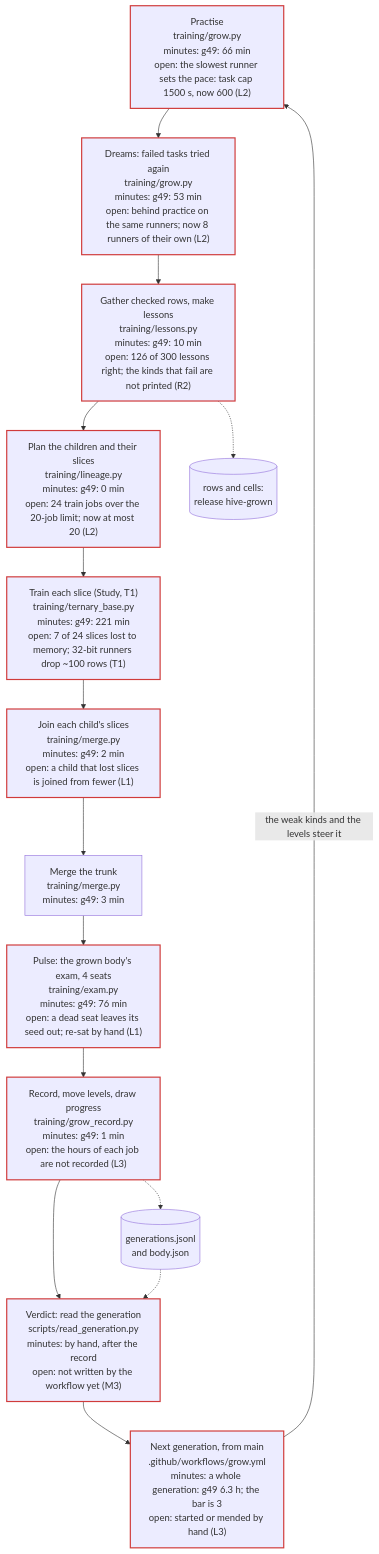
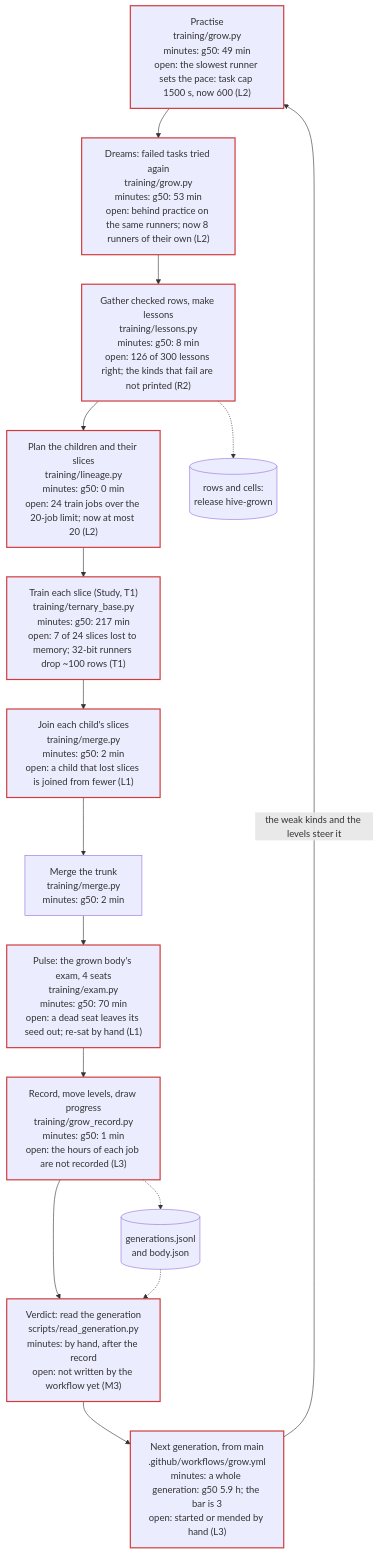
One commit to Arnav123-s/HiveMIND changed the first of 4 diagrams in docs/KNOWLEDGE.md. Above: the diagram before and after it, drawn with Mermaid. The commit also changed 16 other files, not shown here.

Commit message:
The hive's body: generation g50

````diff
--- a/docs/KNOWLEDGE.md
+++ b/docs/KNOWLEDGE.md
@@ -11,31 +11,31 @@
 ```mermaid
 flowchart TD
-  practise["Practise<br/>training/grow.py<br/>minutes: g49: 66 min<br/>open: the slowest runner sets the pace: task cap 1500 s, now 600 (L2)"]:::open
-  dreams["Dreams: failed tasks tried again<br/>training/grow.py<br/>minutes: g49: 53 min<br/>open: behind practice on the same runners; now 8 runners of their own (L2)"]:::open
-  gather["Gather checked rows, make lessons<br/>training/lessons.py<br/>minutes: g49: 10 min<br/>open: 126 of 300 lessons right; the kinds that fail are not printed (R2)"]:::open
-  plan["Plan the children and their slices<br/>training/lineage.py<br/>minutes: g49: 0 min<br/>open: 24 train jobs over the 20-job limit; now at most 20 (L2)"]:::open
-  trainc["Train each slice (Study, T1)<br/>training/ternary_base.py<br/>minutes: g49: 221 min<br/>open: 7 of 24 slices lost to memory; 32-bit runners drop ~100 rows (T1)"]:::open
-  join["Join each child's slices<br/>training/merge.py<br/>minutes: g49: 2 min<br/>open: a child that lost slices is joined from fewer (L1)"]:::open
-  trunk["Merge the trunk<br/>training/merge.py<br/>minutes: g49: 3 min"]
-  pulse["Pulse: the grown body's exam, 4 seats<br/>training/exam.py<br/>minutes: g49: 76 min<br/>open: a dead seat leaves its seed out; re-sat by hand (L1)"]:::open
-  recordg["Record, move levels, draw progress<br/>training/grow_record.py<br/>minutes: g49: 1 min<br/>open: the hours of each job are not recorded (L3)"]:::open
+  practise["Practise<br/>training/grow.py<br/>minutes: g50: 49 min<br/>open: the slowest runner sets the pace: task cap 1500 s, now 600 (L2)"]:::open
+  dreams["Dreams: failed tasks tried again<br/>training/grow.py<br/>minutes: g50: 53 min<br/>open: behind practice on the same runners; now 8 runners of their own (L2)"]:::open
+  gather["Gather checked rows, make lessons<br/>training/lessons.py<br/>minutes: g50: 8 min<br/>open: 126 of 300 lessons right; the kinds that fail are not printed (R2)"]:::open
+  plan["Plan the children and their slices<br/>training/lineage.py<br/>minutes: g50: 0 min<br/>open: 24 train jobs over the 20-job limit; now at most 20 (L2)"]:::open
+  trainc["Train each slice (Study, T1)<br/>training/ternary_base.py<br/>minutes: g50: 217 min<br/>open: 7 of 24 slices lost to memory; 32-bit runners drop ~100 rows (T1)"]:::open
+  join["Join each child's slices<br/>training/merge.py<br/>minutes: g50: 2 min<br/>open: a child that lost slices is joined from fewer (L1)"]:::open
+  trunk["Merge the trunk<br/>training/merge.py<br/>minutes: g50: 2 min"]
+  pulse["Pulse: the grown body's exam, 4 seats<br/>training/exam.py<br/>minutes: g50: 70 min<br/>open: a dead seat leaves its seed out; re-sat by hand (L1)"]:::open
+  recordg["Record, move levels, draw progress<br/>training/grow_record.py<br/>minutes: g50: 1 min<br/>open: the hours of each job are not recorded (L3)"]:::open
   verdictg["Verdict: read the generation<br/>scripts/read_generation.py<br/>minutes: by hand, after the record<br/>open: not written by the workflow yet (M3)"]:::open
-  nextg["Next generation, from main<br/>.github/workflows/grow.yml<br/>minutes: a whole generation: g49 6.3 h; the bar is 3<br/>open: started or mended by hand (L3)"]:::open
+  nextg["Next generation, from main<br/>.github/workflows/grow.yml<br/>minutes: a whole generation: g50 5.9 h; the bar is 3<br/>open: started or mended by hand (L3)"]:::open
   practise --> dreams
   dreams --> gather
   gather --> plan
   plan --> trainc
   trainc --> join
   join --> trunk
   trunk --> pulse
   pulse --> recordg
   recordg --> verdictg
   verdictg --> nextg
   nextg -->|"the weak kinds and the levels steer it"| practise
   rel[("rows and cells:<br/>release hive-grown")]
   rec[("generations.jsonl<br/>and body.json")]
   gather -.-> rel
   recordg -.-> rec
   rec -.-> verdictg
   classDef open stroke:#d03b3b,stroke-width:2px
 ```
````
